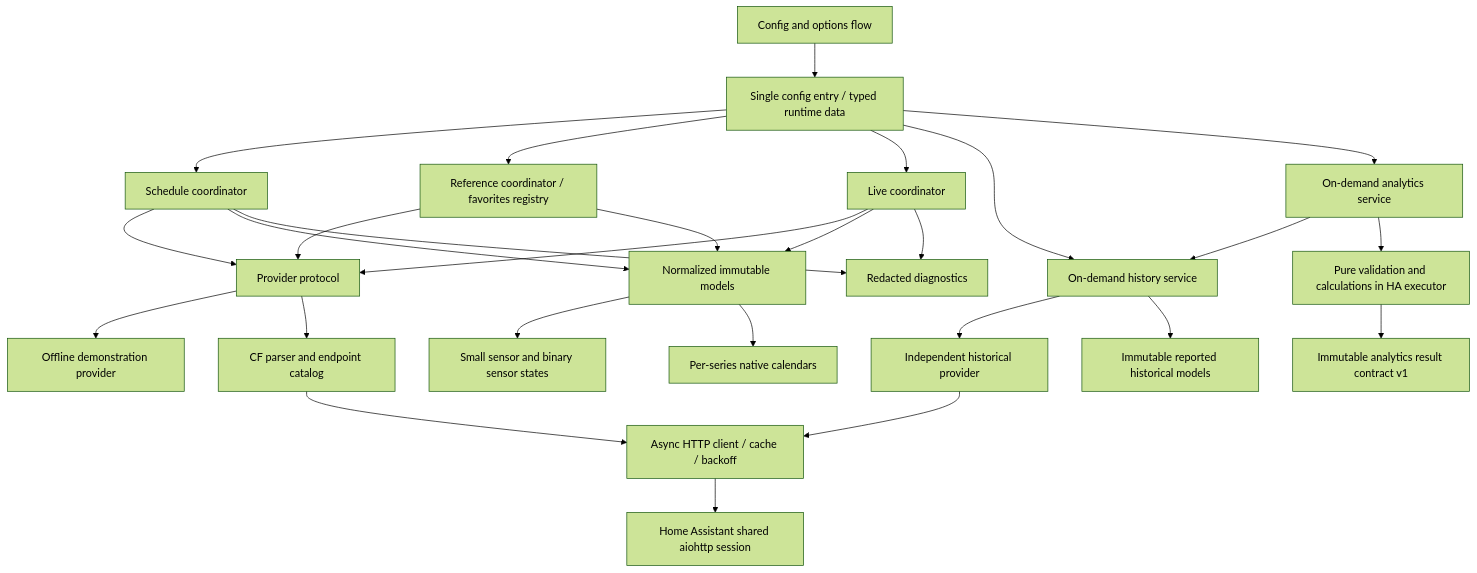
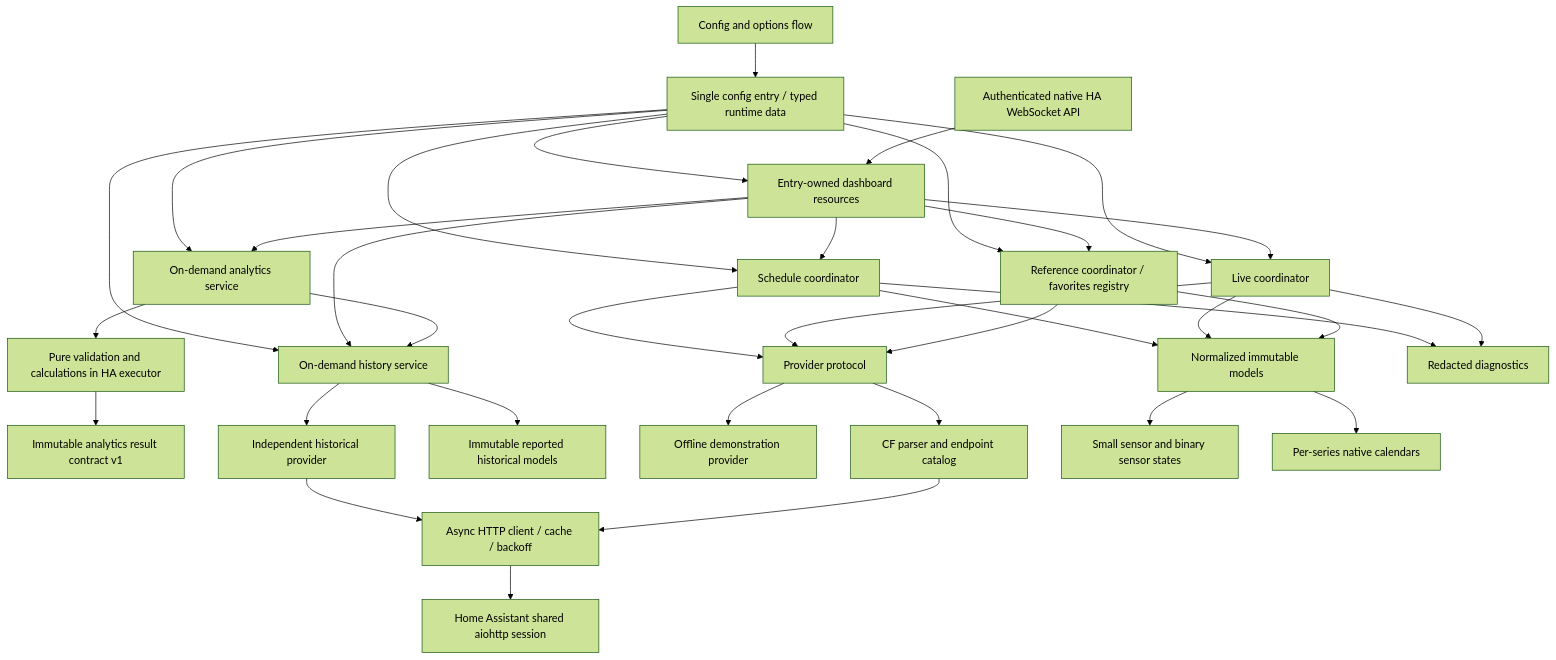
The diagram in ARCHITECTURE.md (rosslandgraf/ha-nascar-race-center), drawn with Mermaid (forest theme) before and after one commit. The commit also changed other lines of this file and 17 other files, not shown here.

Commit message:
Phase 5A: add authenticated NASCAR dashboard data interface (#11)

````diff
--- a/ARCHITECTURE.md
+++ b/ARCHITECTURE.md
@@ -13,29 +13,36 @@
 ```mermaid
 flowchart TD
     UI[Config and options flow] --> Entry[Single config entry / typed runtime data]
     Entry --> Schedule[Schedule coordinator]
     Entry --> Reference[Reference coordinator / favorites registry]
     Entry --> Live[Live coordinator]
     Entry --> History[On-demand history service]
     Entry --> Analytics[On-demand analytics service]
+    Entry --> Dashboard[Entry-owned dashboard resources]
+    HAWS[Authenticated native HA WebSocket API] --> Dashboard
+    Dashboard --> Live
+    Dashboard --> Schedule
+    Dashboard --> Reference
+    Dashboard --> History
+    Dashboard --> Analytics
     Analytics --> History
     Analytics --> Calculations[Pure validation and calculations in HA executor]
     Calculations --> AnalyticsModels[Immutable analytics result contract v1]
     History --> HistoryProvider[Independent historical provider]
     HistoryProvider --> HTTP
     History --> HistoryModels[Immutable reported historical models]
     Schedule --> Provider[Provider protocol]
     Live --> Provider
     Reference --> Provider
     Provider --> Demo[Offline demonstration provider]
     Provider --> CF[CF parser and endpoint catalog]
     CF --> HTTP[Async HTTP client / cache / backoff]
     HTTP --> Session[Home Assistant shared aiohttp session]
     Schedule --> Models[Normalized immutable models]
     Live --> Models
     Models --> Entities[Small sensor and binary sensor states]
     Models --> Calendar[Per-series native calendars]
     Reference --> Models
     Schedule --> Diagnostics[Redacted diagnostics]
     Live --> Diagnostics
 ```
````
